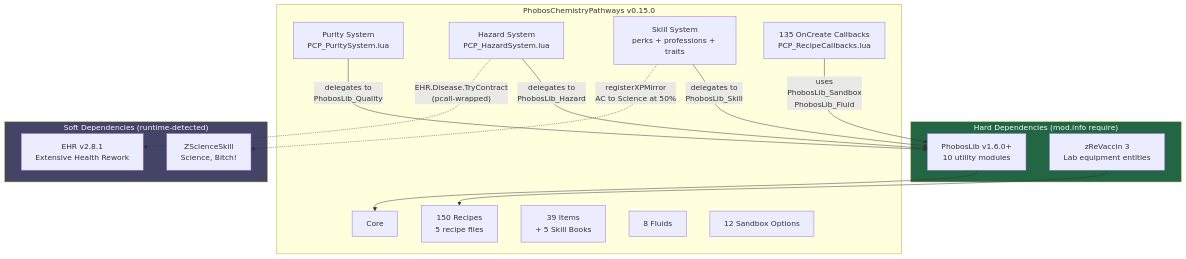
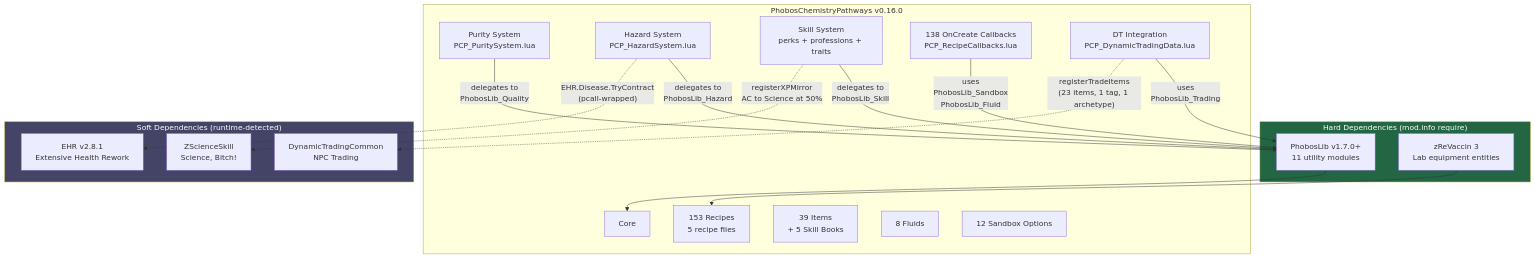
The diagram in docs/mermaid-src/architecture.mmd (phobos-dthorga/mod-pz-chemistry-pathways), drawn with Mermaid before and after one commit. The commit also changed 14 other files, not shown here.

First line of the commit message:
feat: add fertilizer variants, tar torch, and Dynamic Trading integration (v0.16.0)

```diff
--- a/docs/mermaid-src/architecture.mmd
+++ b/docs/mermaid-src/architecture.mmd
@@ -1,36 +1,40 @@
 graph TB
     subgraph HARD["Hard Dependencies (mod.info require)"]
-        PL["PhobosLib v1.6.0+<br/>10 utility modules"]
+        PL["PhobosLib v1.7.0+<br/>11 utility modules"]
         ZR["zReVaccin 3<br/>Lab equipment entities"]
     end
 
-    subgraph PCP["PhobosChemistryPathways v0.15.0"]
+    subgraph PCP["PhobosChemistryPathways v0.16.0"]
         CORE["Core"]
-        REC["150 Recipes<br/>5 recipe files"]
+        REC["153 Recipes<br/>5 recipe files"]
         ITEMS["39 Items<br/>+ 5 Skill Books"]
         FLUIDS["8 Fluids"]
         SB["12 Sandbox Options"]
         PURITY["Purity System<br/>PCP_PuritySystem.lua"]
         HAZARD["Hazard System<br/>PCP_HazardSystem.lua"]
         SKILL["Skill System<br/>perks + professions + traits"]
-        CALLBACKS["135 OnCreate Callbacks<br/>PCP_RecipeCallbacks.lua"]
+        CALLBACKS["138 OnCreate Callbacks<br/>PCP_RecipeCallbacks.lua"]
+        TRADING["DT Integration<br/>PCP_DynamicTradingData.lua"]
     end
 
     subgraph SOFT["Soft Dependencies (runtime-detected)"]
         ZSS["ZScienceSkill<br/>Science, Bitch!"]
         EHR["EHR v2.8.1<br/>Extensive Health Rework"]
+        DT["DynamicTradingCommon<br/>NPC Trading"]
     end
 
     PL --> CORE
     ZR --> REC
 
     PURITY -->|"delegates to<br/>PhobosLib_Quality"| PL
     HAZARD -->|"delegates to<br/>PhobosLib_Hazard"| PL
     SKILL -->|"delegates to<br/>PhobosLib_Skill"| PL
     CALLBACKS -->|"uses<br/>PhobosLib_Sandbox<br/>PhobosLib_Fluid"| PL
+    TRADING -->|"uses<br/>PhobosLib_Trading"| PL
 
     HAZARD -.->|"EHR.Disease.TryContract<br/>(pcall-wrapped)"| EHR
     SKILL -.->|"registerXPMirror<br/>AC to Science at 50%"| ZSS
+    TRADING -.->|"registerTradeItems<br/>(23 items, 1 tag, 1 archetype)"| DT
 
     style HARD fill:#264,color:#fff
     style SOFT fill:#446,color:#fff
```
